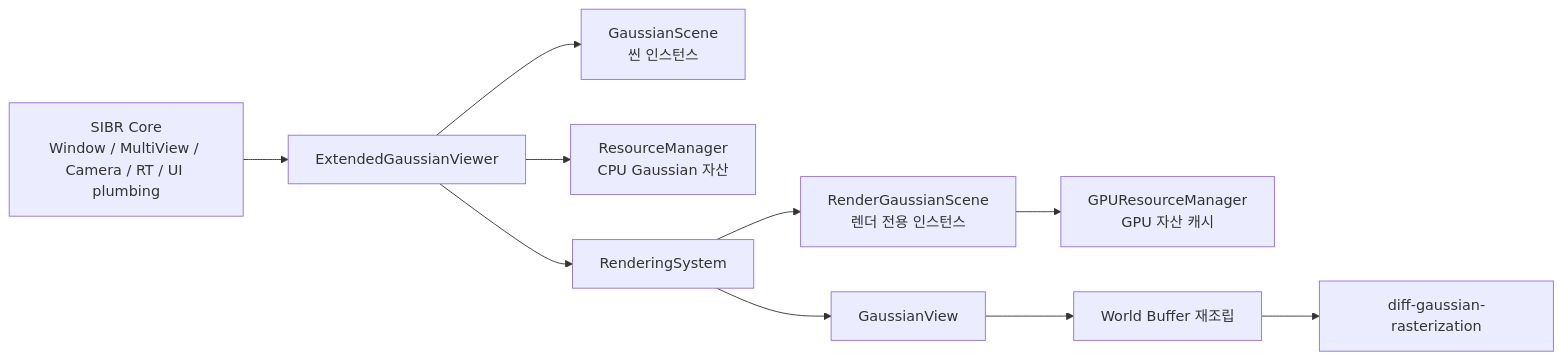
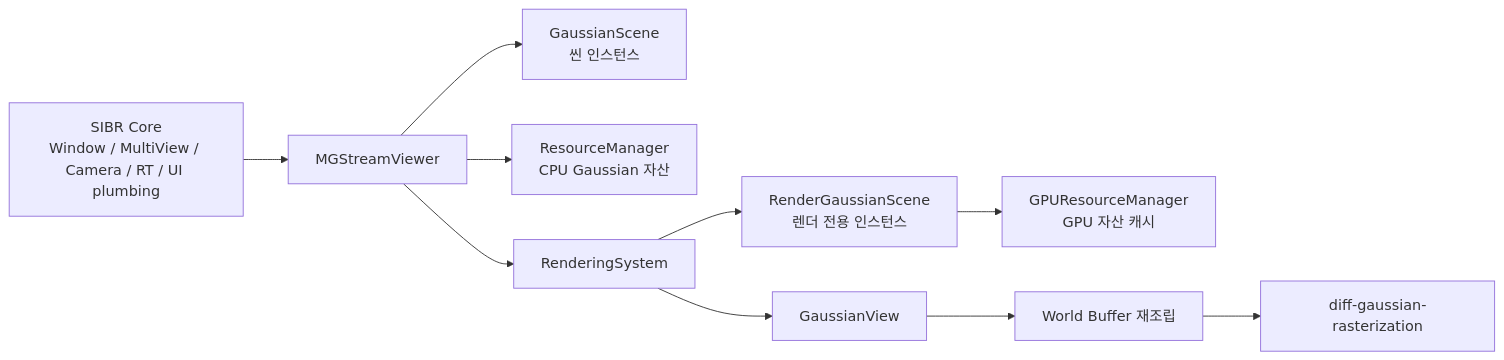
The diagram in docs/M_GStream_vs_sibr_viewer_ko.md (IlhyeonChoo/M-GStream), drawn with Mermaid before and after one commit. The commit also changed other lines of this file and 46 other files, not shown here.

Commit message:
Rename Extended Gaussian identifiers to MGStream

````diff
--- a/docs/M_GStream_vs_sibr_viewer_ko.md
+++ b/docs/M_GStream_vs_sibr_viewer_ko.md
@@ -75,12 +75,12 @@
 ```mermaid
 flowchart LR
-    A["SIBR Core\nWindow / MultiView / Camera / RT / UI plumbing"] --> B["ExtendedGaussianViewer"]
+    A["SIBR Core\nWindow / MultiView / Camera / RT / UI plumbing"] --> B["MGStreamViewer"]
     B --> C["GaussianScene\n씬 인스턴스"]
     B --> D["ResourceManager\nCPU Gaussian 자산"]
     B --> E["RenderingSystem"]
     E --> F["RenderGaussianScene\n렌더 전용 인스턴스"]
     F --> G["GPUResourceManager\nGPU 자산 캐시"]
     E --> H["GaussianView"]
     H --> I["World Buffer 재조립"]
     I --> J["diff-gaussian-rasterization"]
 ```
````
